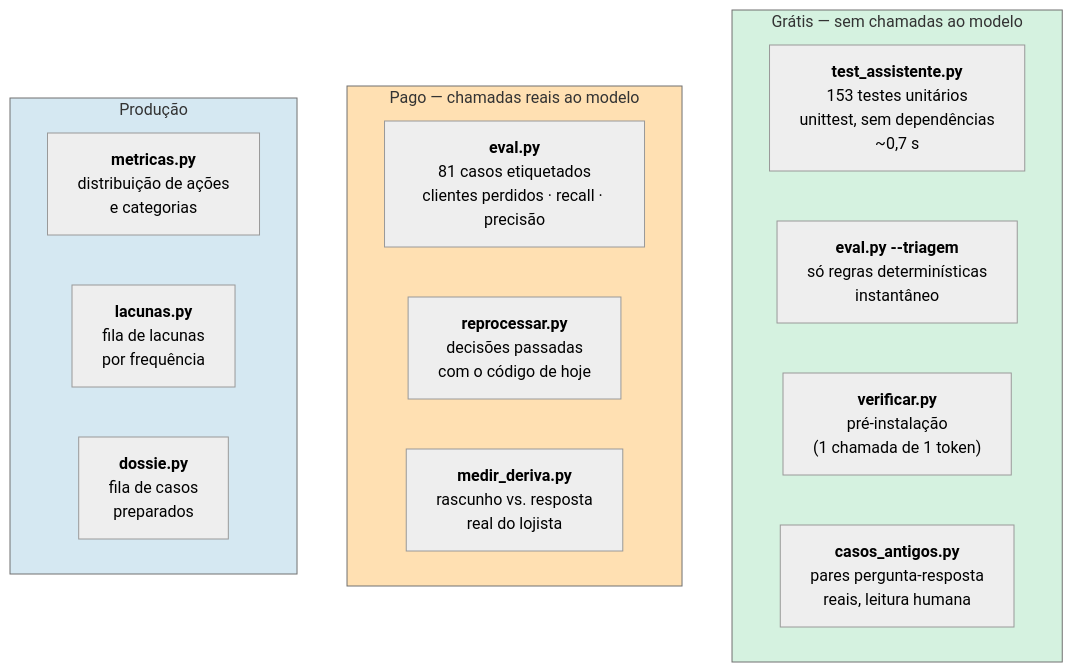
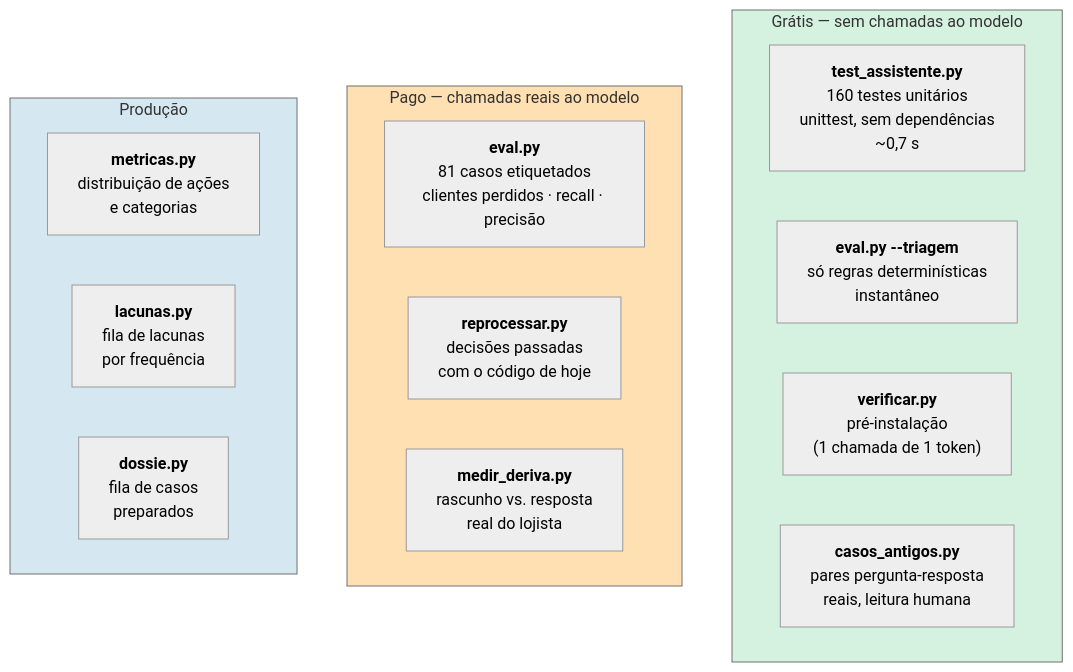
One commit to joaocarvalhini/Outlook-Reply-Assistant changed the seventh of 9 diagrams in DOCUMENTACAO-TECNICA.md. Above: the diagram before and after it, drawn with Mermaid (neutral theme). The commit also changed other lines of this file and 2 other files, not shown here.

````diff
--- a/DOCUMENTACAO-TECNICA.md
+++ b/DOCUMENTACAO-TECNICA.md
@@ -934,25 +934,25 @@
 ```mermaid
 graph TB
     subgraph GRATIS["Grátis — sem chamadas ao modelo"]
-        T1["<b>test_assistente.py</b><br/>153 testes unitários<br/>unittest, sem dependências<br/>~0,7 s"]
+        T1["<b>test_assistente.py</b><br/>160 testes unitários<br/>unittest, sem dependências<br/>~0,7 s"]
         T2["<b>eval.py --triagem</b><br/>só regras determinísticas<br/>instantâneo"]
         T3["<b>verificar.py</b><br/>pré-instalação<br/>(1 chamada de 1 token)"]
         T4["<b>casos_antigos.py</b><br/>pares pergunta-resposta<br/>reais, leitura humana"]
     end
 
     subgraph PAGO["Pago — chamadas reais ao modelo"]
         T5["<b>eval.py</b><br/>81 casos etiquetados<br/>clientes perdidos · recall · precisão"]
         T6["<b>reprocessar.py</b><br/>decisões passadas<br/>com o código de hoje"]
         T7["<b>medir_deriva.py</b><br/>rascunho vs. resposta<br/>real do lojista"]
     end
 
     subgraph PROD["Produção"]
         T8["<b>metricas.py</b><br/>distribuição de ações<br/>e categorias"]
         T9["<b>lacunas.py</b><br/>fila de lacunas<br/>por frequência"]
         T10["<b>dossie.py</b><br/>fila de casos<br/>preparados"]
     end
 
     style GRATIS fill:#d5f2e0
     style PAGO fill:#ffe0b2
     style PROD fill:#d5e8f2
 ```
````
